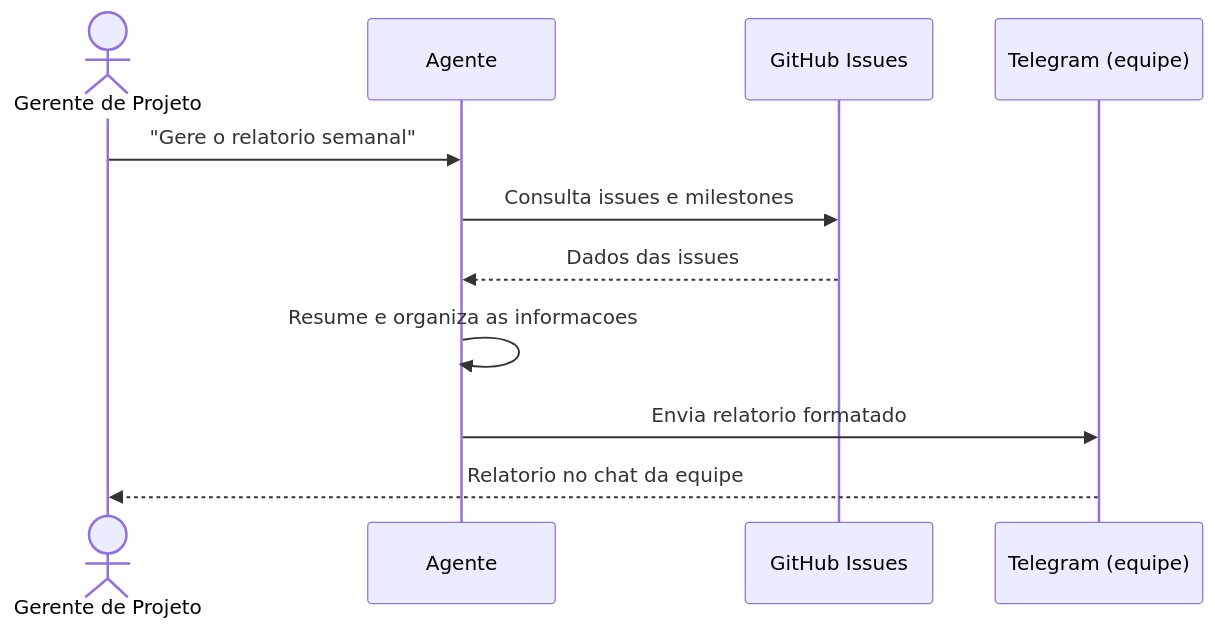
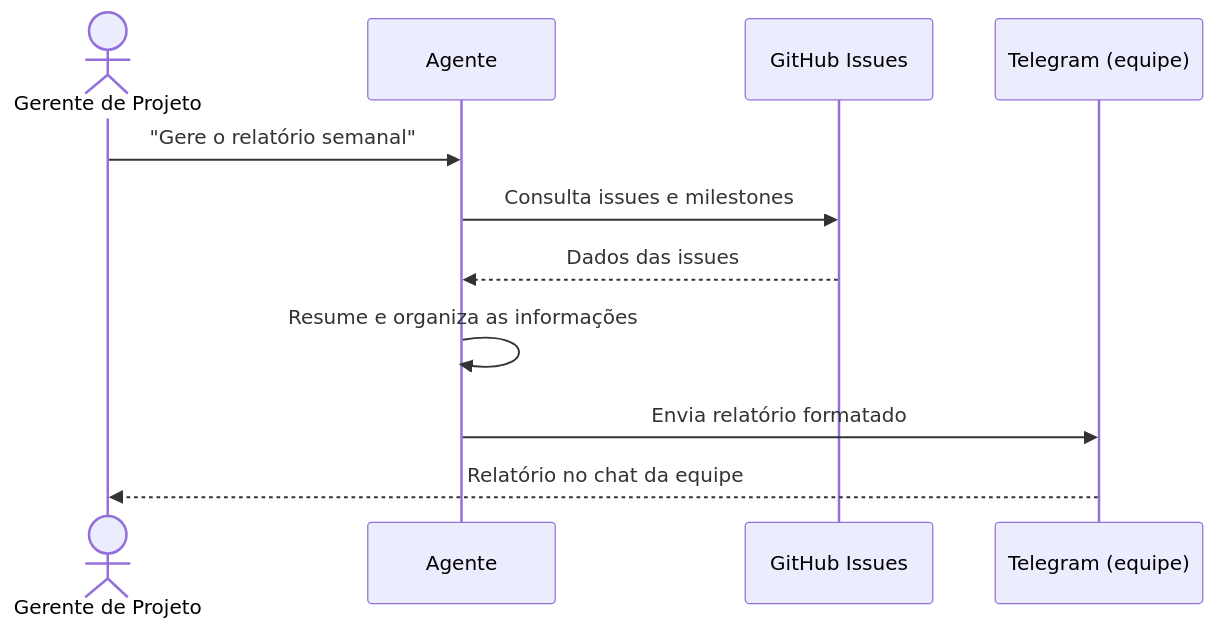
The second of 3 diagrams in src/content/articles/agentes-ia-autonomos-trabalho.md (alicino/kb-blog), drawn with Mermaid before and after one commit. The commit also changed other lines of this file, not shown here.

````diff
--- a/src/content/articles/agentes-ia-autonomos-trabalho.md
+++ b/src/content/articles/agentes-ia-autonomos-trabalho.md
@@ -167,14 +130,14 @@
 ```mermaid
 sequenceDiagram
     actor GP as Gerente de Projeto
     participant AG as Agente
     participant GH as GitHub Issues
     participant TL as Telegram (equipe)
 
-    GP->>AG: "Gere o relatorio semanal"
+    GP->>AG: "Gere o relatório semanal"
     AG->>GH: Consulta issues e milestones
     GH-->>AG: Dados das issues
-    AG->>AG: Resume e organiza as informacoes
-    AG->>TL: Envia relatorio formatado
-    TL-->>GP: Relatorio no chat da equipe
+    AG->>AG: Resume e organiza as informações
+    AG->>TL: Envia relatório formatado
+    TL-->>GP: Relatório no chat da equipe
 ```
````
